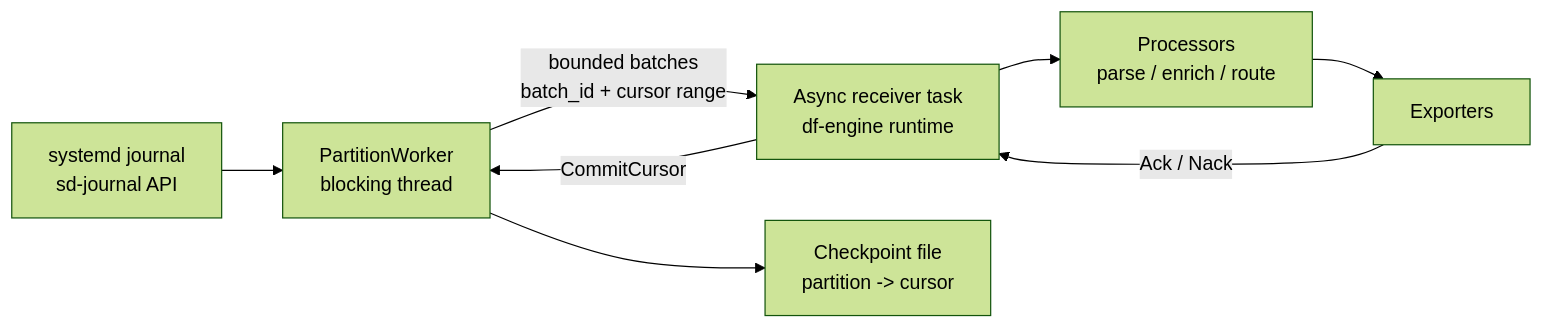
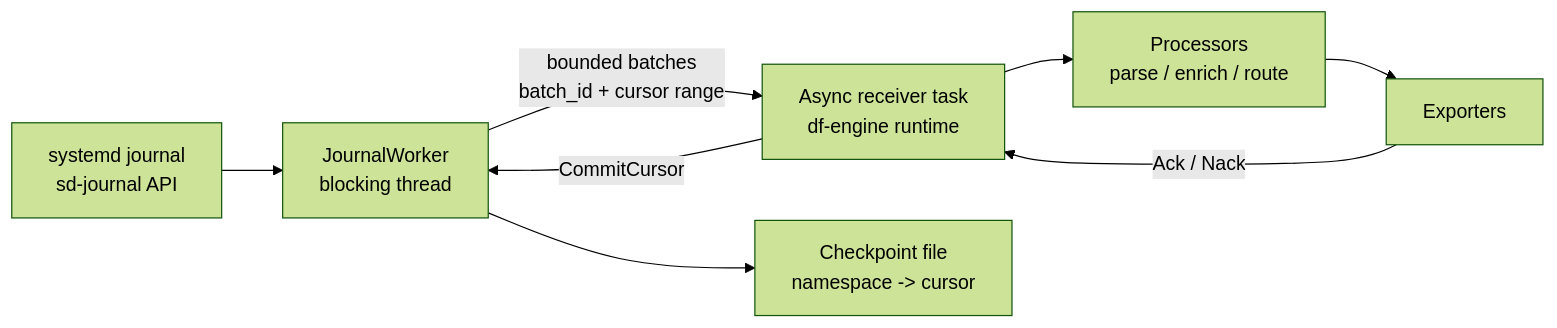
The first of 2 diagrams in rust/otap-dataflow/docs/journald-receiver.md (open-telemetry/otel-arrow), drawn with Mermaid (forest theme) before and after one commit. The commit also changed other lines of this file, not shown here.

````diff
--- a/rust/otap-dataflow/docs/journald-receiver.md
+++ b/rust/otap-dataflow/docs/journald-receiver.md
@@ -52,10 +59,10 @@
 ```mermaid
 flowchart LR
-    J["systemd journal<br/>sd-journal API"] --> W["PartitionWorker<br/>blocking thread"]
+    J["systemd journal<br/>sd-journal API"] --> W["JournalWorker<br/>blocking thread"]
     W -->|"bounded batches<br/>batch_id + cursor range"| A["Async receiver task<br/>df-engine runtime"]
     A --> P["Processors<br/>parse / enrich / route"]
     P --> E["Exporters"]
     E -->|"Ack / Nack"| A
     A -->|"CommitCursor"| W
-    W --> C["Checkpoint file<br/>partition -> cursor"]
+    W --> C["Checkpoint file<br/>namespace -> cursor"]
 ```
````
